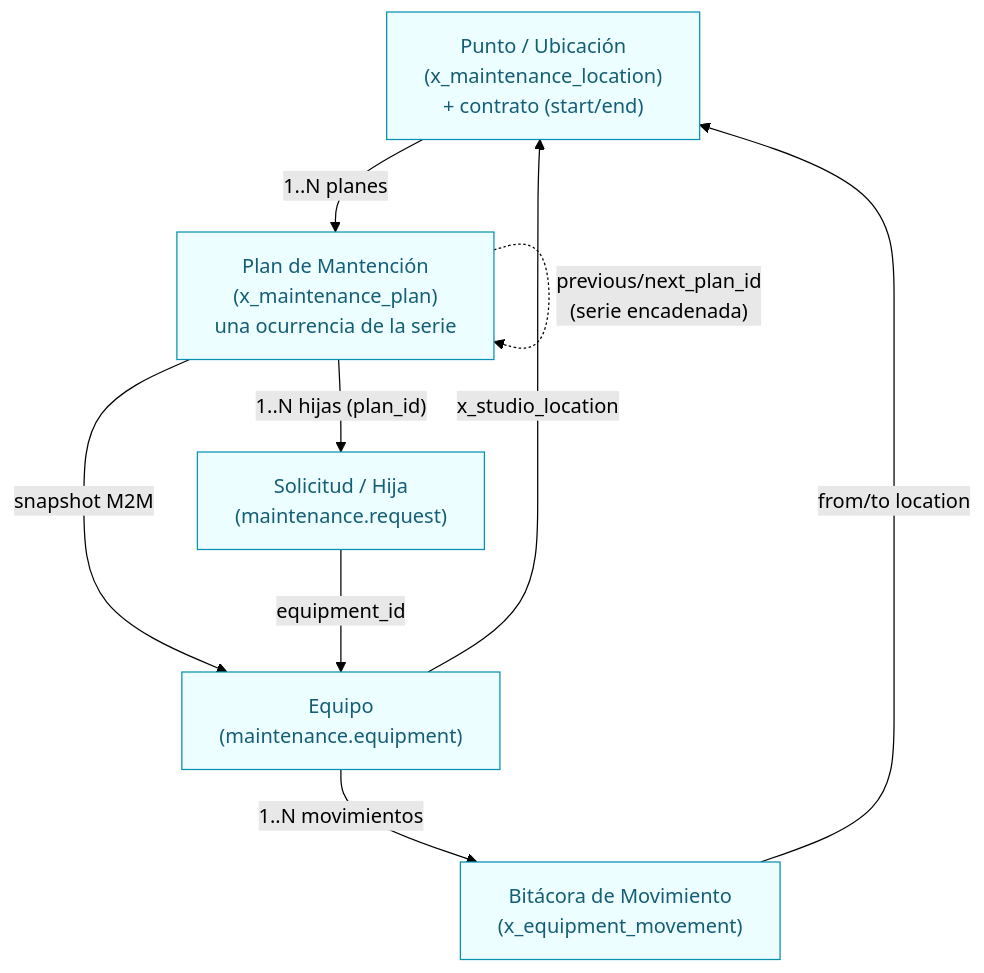
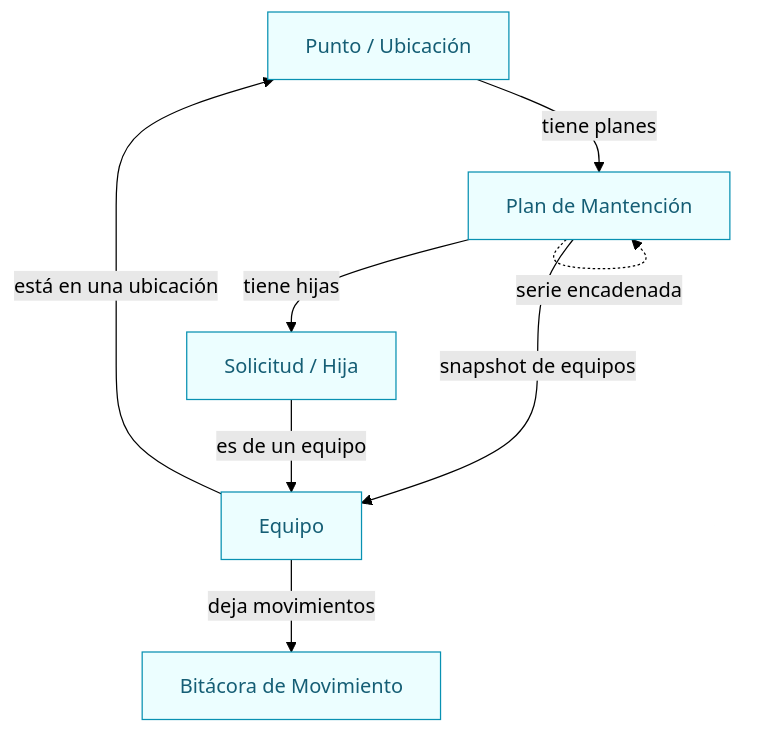
One commit to dcuerowe/odoo_con_mantenciones changed the second of 18 diagrams in maintenance_plan/PROCESOS_Y_FLUJOS.md. Above: the diagram before and after it, drawn with Mermaid (forest theme). The commit also changed other lines of this file and 1 other file, not shown here.

Commit message:
Cambios dentro de maintenance_plan

````diff
--- a/maintenance_plan/PROCESOS_Y_FLUJOS.md
+++ b/maintenance_plan/PROCESOS_Y_FLUJOS.md
@@ -51,19 +49,18 @@
 ```mermaid
 flowchart TD
-    LOC["Punto / Ubicación<br/>(x_maintenance_location)<br/>+ contrato (start/end)"]:::ent
-    PLAN["Plan de Mantención<br/>(x_maintenance_plan)<br/>una ocurrencia de la serie"]:::ent
-    REQ["Solicitud / Hija<br/>(maintenance.request)"]:::ent
-    EQ["Equipo<br/>(maintenance.equipment)"]:::ent
-    MOV["Bitácora de Movimiento<br/>(x_equipment_movement)"]:::ent
+    LOC["Punto / Ubicación"]:::ent
+    PLAN["Plan de Mantención"]:::ent
+    REQ["Solicitud / Hija"]:::ent
+    EQ["Equipo"]:::ent
+    MOV["Bitácora de Movimiento"]:::ent
 
-    LOC -->|"1..N planes"| PLAN
-    PLAN -->|"snapshot M2M"| EQ
-    PLAN -->|"1..N hijas (plan_id)"| REQ
-    REQ -->|"equipment_id"| EQ
-    EQ -->|"x_studio_location"| LOC
-    EQ -->|"1..N movimientos"| MOV
-    MOV -->|"from/to location"| LOC
-    PLAN -.->|"previous/next_plan_id<br/>(serie encadenada)"| PLAN
+    LOC -->|"tiene planes"| PLAN
+    PLAN -->|"snapshot de equipos"| EQ
+    PLAN -->|"tiene hijas"| REQ
+    REQ -->|"es de un equipo"| EQ
+    EQ -->|"está en una ubicación"| LOC
+    EQ -->|"deja movimientos"| MOV
+    PLAN -.->|"serie encadenada"| PLAN
 
     classDef ent fill:#ecfeff,stroke:#0891b2,color:#155e75;
 ```
````
